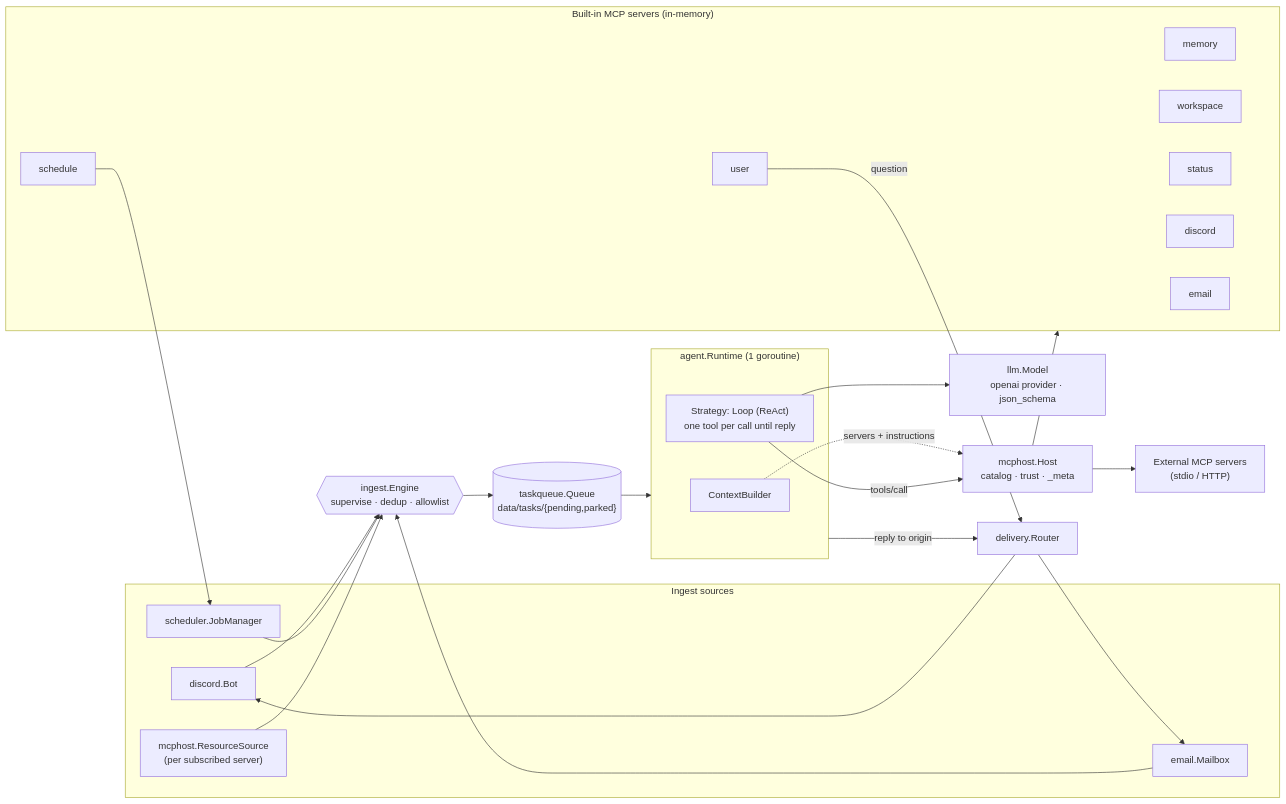
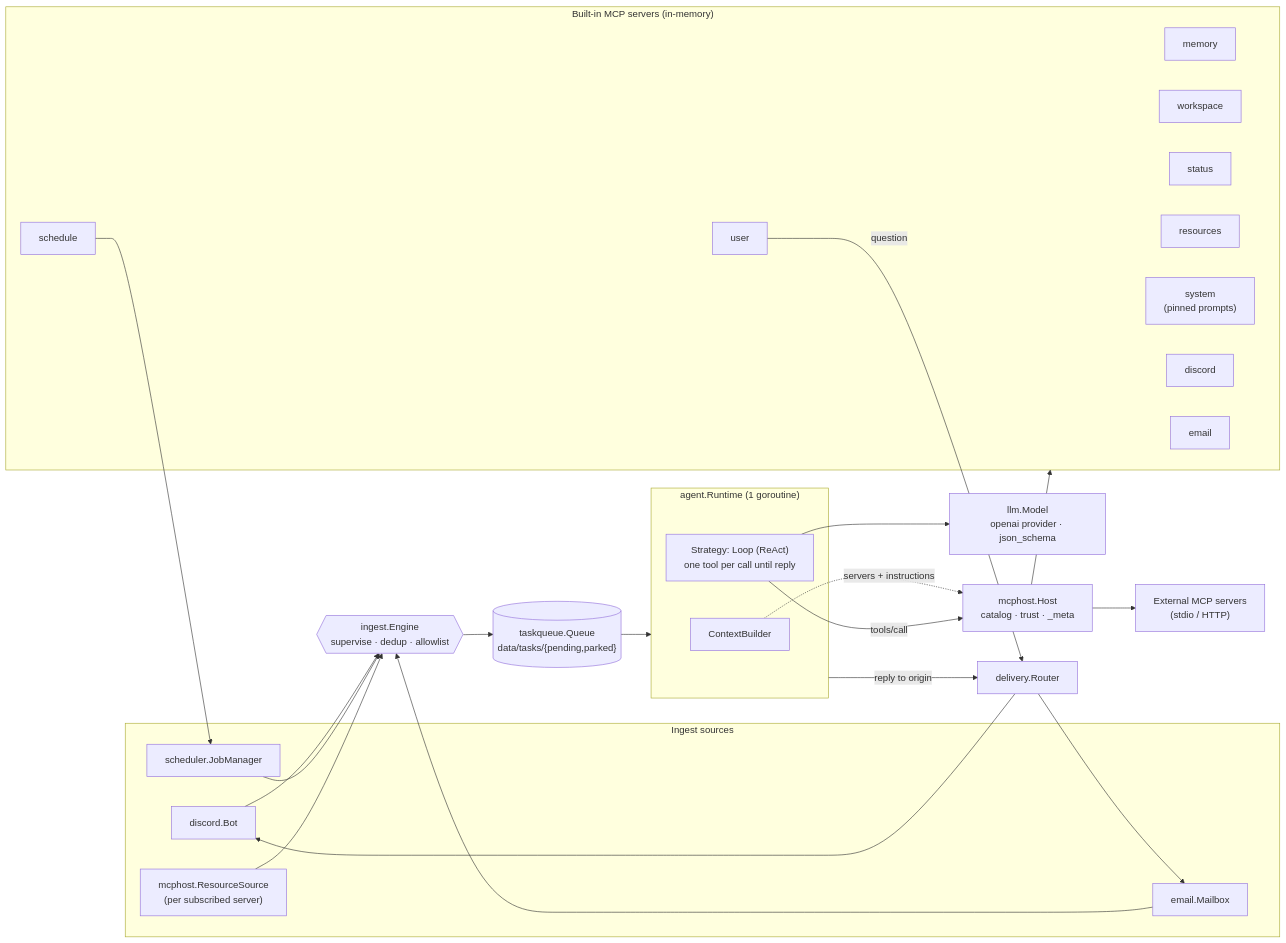
One commit to runyanjake/tobee changed the diagram in .claude/DESIGN.md. Above: the diagram before and after it, drawn with Mermaid. The commit also changed other lines of this file and 3 other files, not shown here.

````diff
--- a/.claude/DESIGN.md
+++ b/.claude/DESIGN.md
@@ -16,39 +16,41 @@
 ```mermaid
 flowchart LR
     subgraph sources["Ingest sources"]
         discordSrc["discord.Bot"]
         emailSrc["email.Mailbox"]
         jobs["scheduler.JobManager"]
         resSrc["mcphost.ResourceSource<br/>(per subscribed server)"]
     end
     engine{{"ingest.Engine<br/>supervise · dedup · allowlist"}}
     queue[("taskqueue.Queue<br/>data/tasks/{pending,parked}")]
     subgraph core["agent.Runtime (1 goroutine)"]
         ctxb["ContextBuilder"]
         strat["Strategy: Loop (ReAct)<br/>one tool per call until reply"]
     end
     llm["llm.Model<br/>openai provider · json_schema"]
     host["mcphost.Host<br/>catalog · trust · _meta"]
     subgraph builtin["Built-in MCP servers (in-memory)"]
         mem["memory"]
         ws["workspace"]
         sch["schedule"]
         st["status"]
         usr["user"]
+        res["resources"]
+        sys["system<br/>(pinned prompts)"]
         dsrv["discord"]
         esrv["email"]
     end
     ext["External MCP servers<br/>(stdio / HTTP)"]
     out["delivery.Router"]
 
     discordSrc & emailSrc & jobs & resSrc --> engine --> queue --> core
     ctxb -.->|servers + instructions| host
     strat --> llm
     strat -->|tools/call| host
     host --> builtin
     host --> ext
     sch --> jobs
     usr -->|question| out
     core -->|reply to origin| out
     out --> discordSrc & emailSrc
 ```
````
